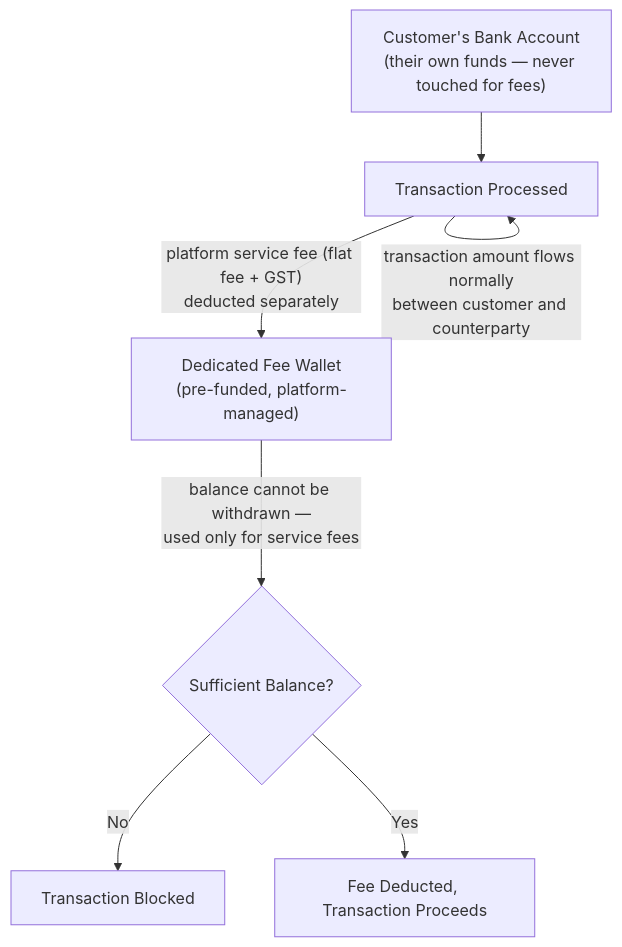
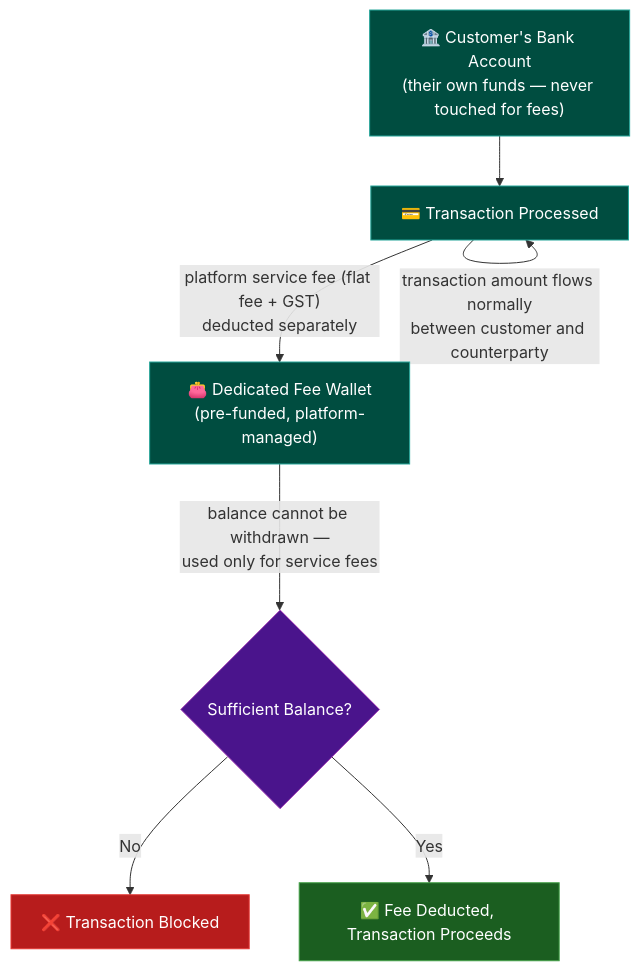
Before and after one commit to ghanendra-sdet/fintech-connected-banking-platform: the second of 2 diagrams in README.md, drawn with Mermaid. The commit also changed other lines of this file, not shown here.

Commit message:
fix: correct throughput figure inconsistency and ToC gap in README

````diff
--- a/README.md
+++ b/README.md
@@ -158,9 +167,19 @@
 ```mermaid
 flowchart TD
-    A["Customer's Bank Account<br/>(their own funds — never touched for fees)"] --> B["Transaction Processed"]
+    A["🏦 Customer's Bank Account<br/>(their own funds — never touched for fees)"] --> B["💳 Transaction Processed"]
     B -->|"transaction amount flows normally<br/>between customer and counterparty"| B
-    B -->|"platform service fee (flat fee + GST)<br/>deducted separately"| C["Dedicated Fee Wallet<br/>(pre-funded, platform-managed)"]
+    B -->|"platform service fee (flat fee + GST)<br/>deducted separately"| C["👛 Dedicated Fee Wallet<br/>(pre-funded, platform-managed)"]
     C -->|"balance cannot be withdrawn —<br/>used only for service fees"| D{"Sufficient Balance?"}
-    D -->|No| E["Transaction Blocked"]
-    D -->|Yes| F["Fee Deducted, Transaction Proceeds"]
+    D -->|No| E["❌ Transaction Blocked"]
+    D -->|Yes| F["✅ Fee Deducted, Transaction Proceeds"]
+
+    classDef service fill:#004d40,color:#fff,stroke:#26a69a,stroke-width:1px
+    classDef gate fill:#4a148c,color:#fff,stroke:#ab47bc,stroke-width:1px
+    classDef good fill:#1b5e20,color:#fff,stroke:#43a047,stroke-width:1px
+    classDef bad fill:#b71c1c,color:#fff,stroke:#e53935,stroke-width:1px
+
+    class A,B,C service
+    class D gate
+    class F good
+    class E bad
 ```
````
